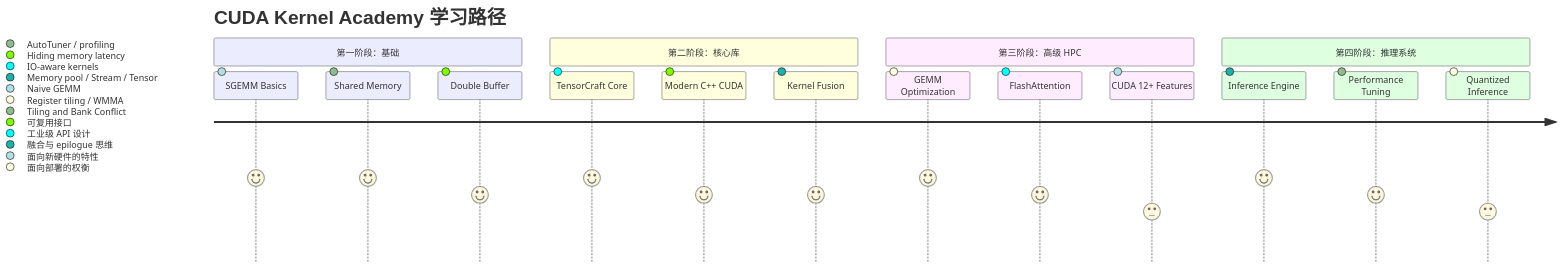
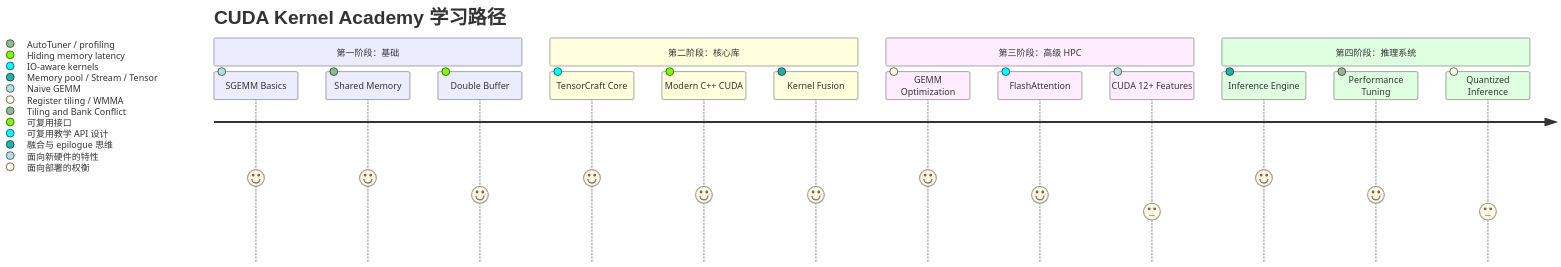
The first of 2 diagrams in docs/zh/roadmap.md (LessUp/cuda-kernel-academy), drawn with Mermaid before and after one commit. The commit also changed 70 other files, not shown here.

````diff
--- a/docs/zh/roadmap.md
+++ b/docs/zh/roadmap.md
@@ -24,20 +24,20 @@
 ```mermaid
 journey
     title CUDA Kernel Academy 学习路径
     section 第一阶段：基础
       SGEMM Basics: 5: Naive GEMM
       Shared Memory: 5: Tiling and Bank Conflict
       Double Buffer: 4: Hiding memory latency
     section 第二阶段：核心库
-      TensorCraft Core: 5: 工业级 API 设计
+      TensorCraft Core: 5: 可复用教学 API 设计
       Modern C++ CUDA: 4: 可复用接口
       Kernel Fusion: 4: 融合与 epilogue 思维
     section 第三阶段：高级 HPC
       GEMM Optimization: 5: Register tiling / WMMA
       FlashAttention: 4: IO-aware kernels
       CUDA 12+ Features: 3: 面向新硬件的特性
     section 第四阶段：推理系统
       Inference Engine: 5: Memory pool / Stream / Tensor
       Performance Tuning: 4: AutoTuner / profiling
       Quantized Inference: 3: 面向部署的权衡
 ```
````
